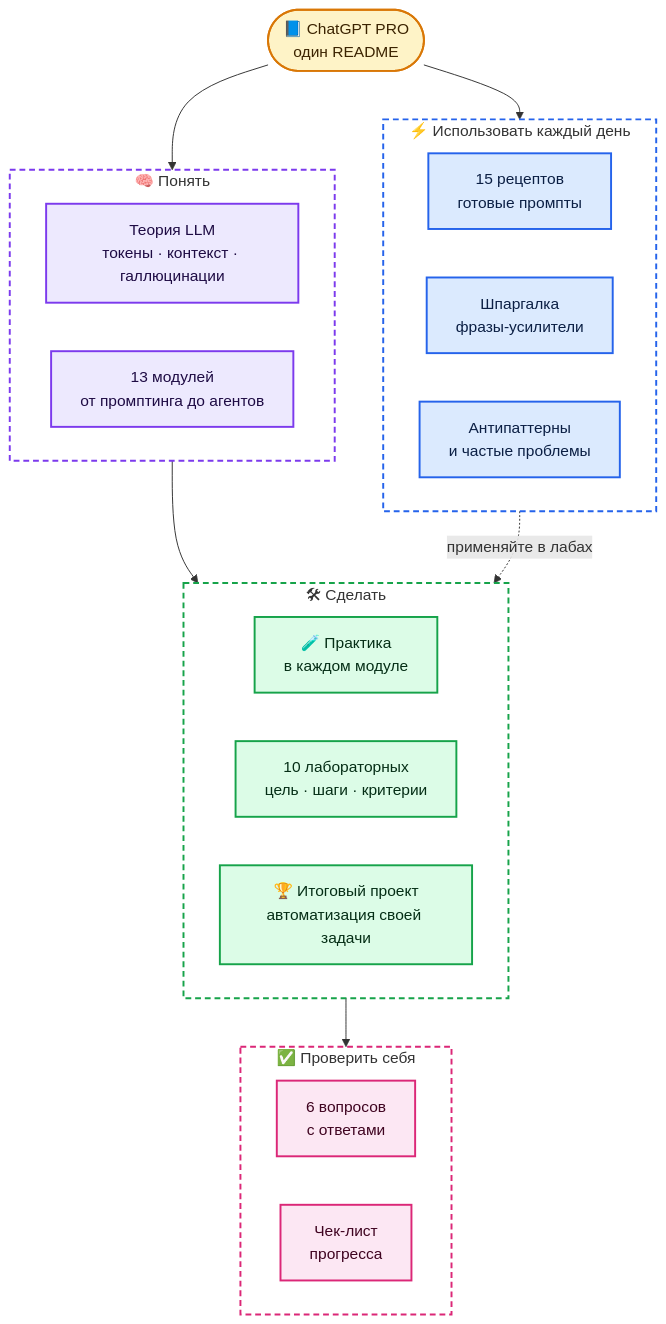
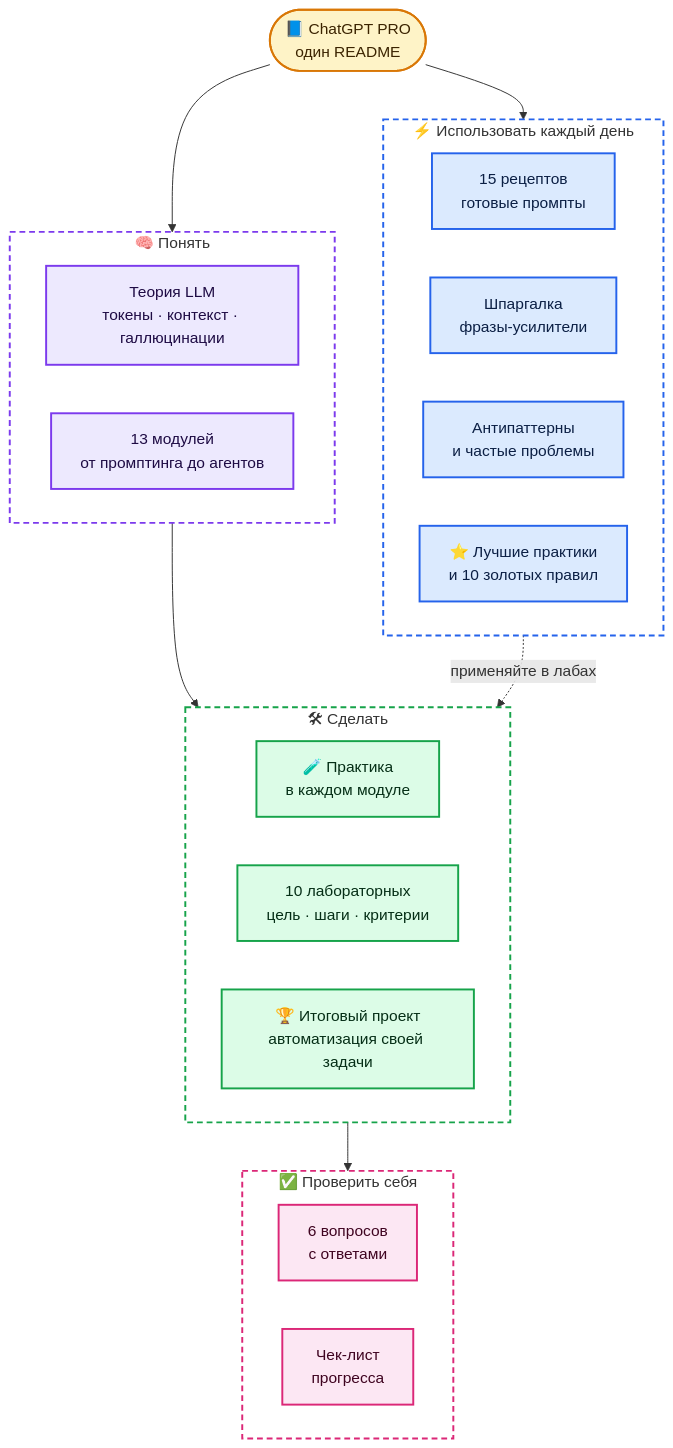
One commit to justxor/ChatGPT_ru changed the first of 14 diagrams in README.md. Above: the diagram before and after it, drawn with Mermaid. The commit also changed other lines of this file, not shown here.

Commit message:
Подробное описание курса и раздел «Лучшие практики» со схемой, золотыми правилами и чек-листом

````diff
--- a/README.md
+++ b/README.md
@@ -16,39 +29,40 @@
 ```mermaid
 flowchart TB
     R(["📘 ChatGPT PRO<br/>один README"]):::model
     subgraph TH["🧠 Понять"]
         direction LR
         T1["Теория LLM<br/>токены · контекст · галлюцинации"]:::ctx
         T2["13 модулей<br/>от промптинга до агентов"]:::ctx
     end
     subgraph PR["🛠 Сделать"]
         direction LR
         P1["🧪 Практика<br/>в каждом модуле"]:::tool
         P2["10 лабораторных<br/>цель · шаги · критерии"]:::tool
         P3["🏆 Итоговый проект<br/>автоматизация своей задачи"]:::tool
     end
     subgraph US["⚡ Использовать каждый день"]
         direction LR
         U1["15 рецептов<br/>готовые промпты"]:::user
         U2["Шпаргалка<br/>фразы-усилители"]:::user
         U3["Антипаттерны<br/>и частые проблемы"]:::user
+        U4["⭐ Лучшие практики<br/>и 10 золотых правил"]:::user
     end
     subgraph CK["✅ Проверить себя"]
         direction LR
         C1["6 вопросов<br/>с ответами"]:::out
         C2["Чек-лист<br/>прогресса"]:::out
     end
     R --> TH --> PR --> CK
     R --> US
     US -. "применяйте в лабах" .-> PR
     style TH fill:none,stroke:#7c3aed,stroke-width:2px,stroke-dasharray:6 4
     style PR fill:none,stroke:#16a34a,stroke-width:2px,stroke-dasharray:6 4
     style US fill:none,stroke:#2563eb,stroke-width:2px,stroke-dasharray:6 4
     style CK fill:none,stroke:#db2777,stroke-width:2px,stroke-dasharray:6 4
     classDef user fill:#dbeafe,stroke:#2563eb,stroke-width:2px,color:#0b1f44
     classDef ctx fill:#ede9fe,stroke:#7c3aed,stroke-width:2px,color:#1e0b44
     classDef model fill:#fef3c7,stroke:#d97706,stroke-width:2px,color:#3b2300
     classDef tool fill:#dcfce7,stroke:#16a34a,stroke-width:2px,color:#052e16
     classDef out fill:#fce7f3,stroke:#db2777,stroke-width:2px,color:#3f0420
     classDef warn fill:#fee2e2,stroke:#dc2626,stroke-width:2px,color:#450a0a
 ```
````
